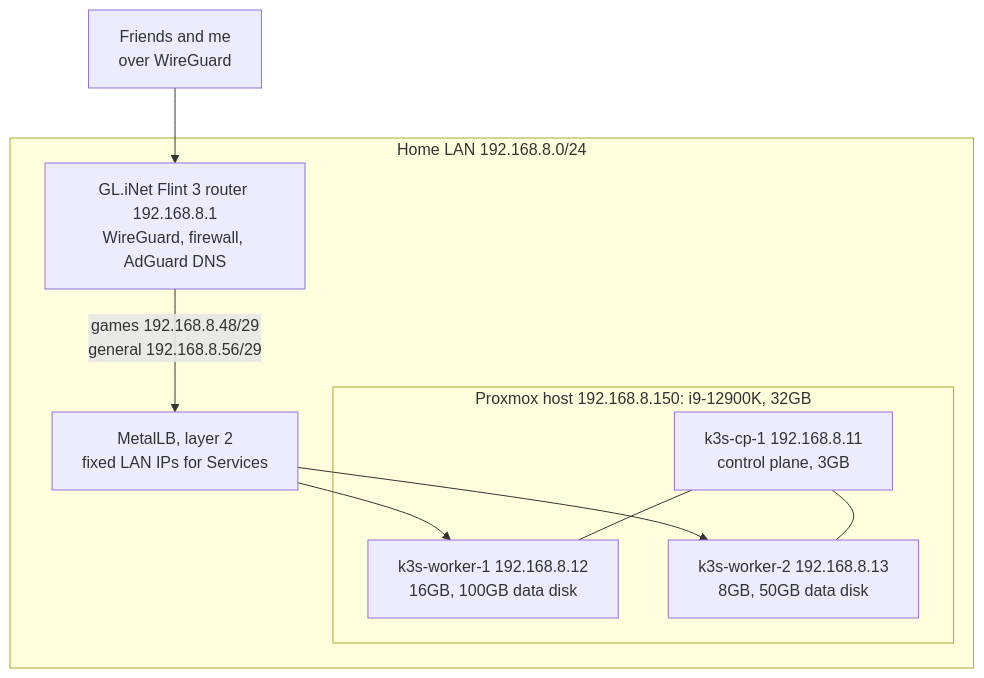
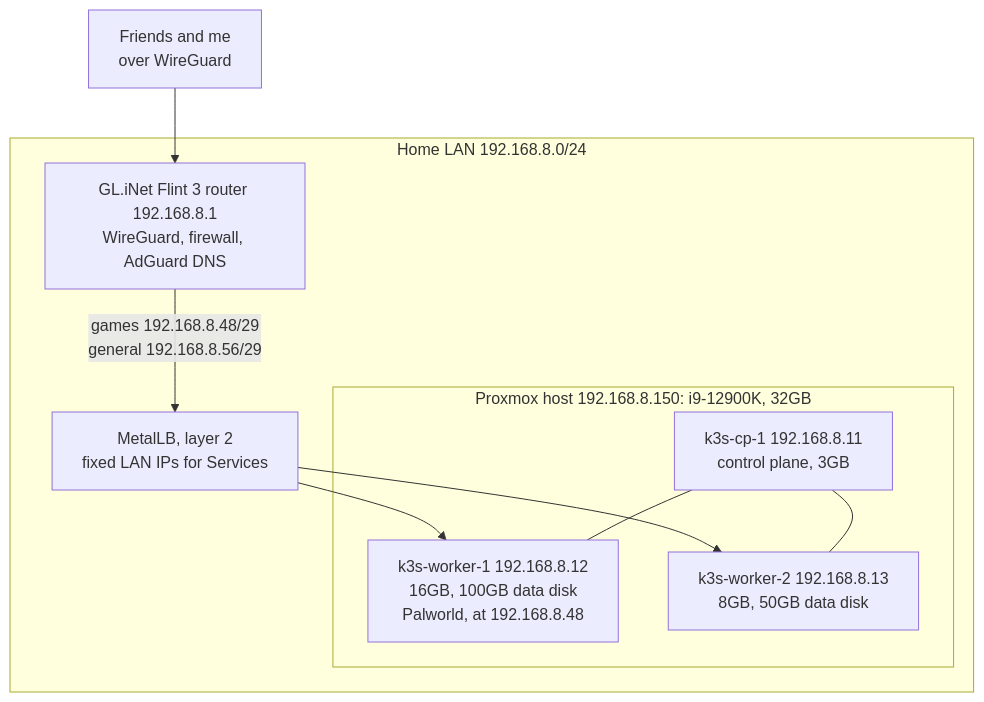
The first of 2 diagrams in README.md (AustianoSC/homelab-infra), drawn with Mermaid before and after one commit. The commit also changed other lines of this file and 27 other files, not shown here.

````diff
--- a/README.md
+++ b/README.md
@@ -12,20 +12,20 @@
 ```mermaid
 flowchart TB
   friends["Friends and me<br/>over WireGuard"] --> router
 
   subgraph lan["Home LAN 192.168.8.0/24"]
     router["GL.iNet Flint 3 router 192.168.8.1<br/>WireGuard, firewall, AdGuard DNS"]
     router -->|"games 192.168.8.48/29<br/>general 192.168.8.56/29"| metallb["MetalLB, layer 2<br/>fixed LAN IPs for Services"]
 
     subgraph pve["Proxmox host 192.168.8.150: i9-12900K, 32GB"]
       cp["k3s-cp-1 192.168.8.11<br/>control plane, 3GB"]
-      w1["k3s-worker-1 192.168.8.12<br/>16GB, 100GB data disk"]
+      w1["k3s-worker-1 192.168.8.12<br/>16GB, 100GB data disk<br/>Palworld, at 192.168.8.48"]
       w2["k3s-worker-2 192.168.8.13<br/>8GB, 50GB data disk"]
     end
 
     metallb --> w1
     metallb --> w2
     cp --- w1
     cp --- w2
   end
 ```
````
